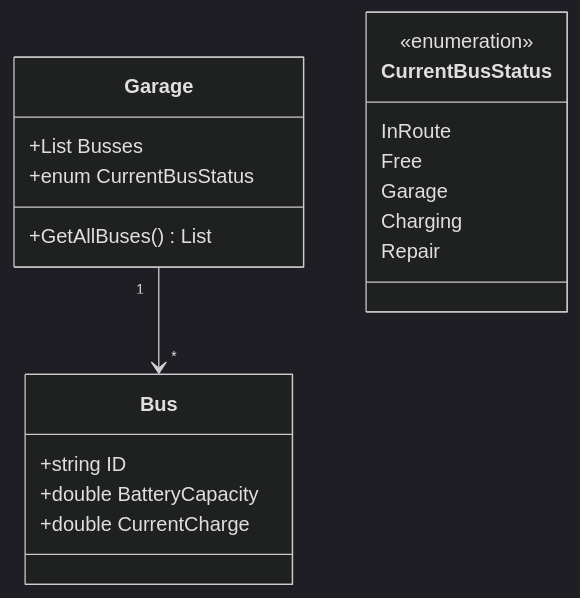
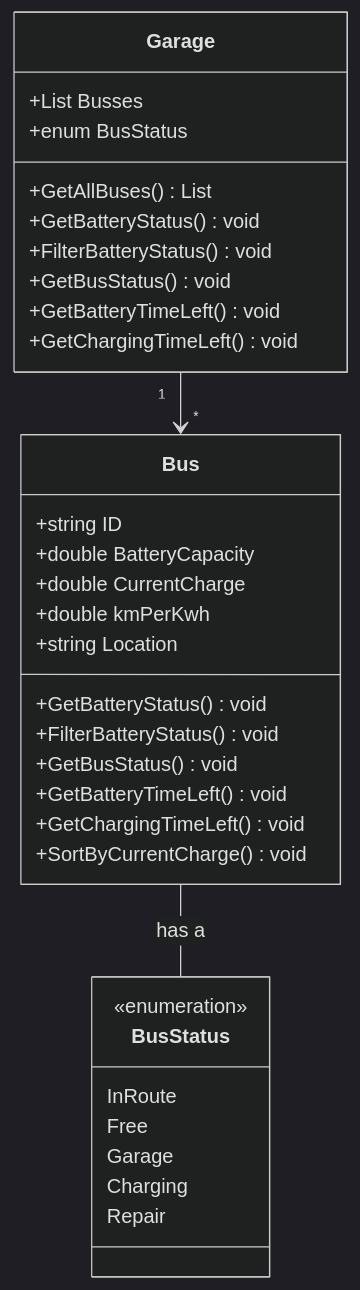
The diagram in Dokumentation/Iteration 1/Use Case 2/DCD.mmd (Team-14-pa-UCL/Getting-Real2), drawn with Mermaid (dark theme) before and after one commit.

Commit message:
added DCD

```diff
--- a/Dokumentation/Iteration 1/Use Case 2/DCD.mmd
+++ b/Dokumentation/Iteration 1/Use Case 2/DCD.mmd
@@ -1,25 +1,37 @@
 classDiagram
     class Bus {
         +string ID
         +double BatteryCapacity
         +double CurrentCharge
+        +double kmPerKwh
+        +string Location
+        +GetBatteryStatus() void
+        +FilterBatteryStatus() void
+        +GetBusStatus() void
+        +GetBatteryTimeLeft() void
+        +GetChargingTimeLeft() void
+        +SortByCurrentCharge() void
     }
 
     class Garage {
         +List<Bus> Busses
-        +enum CurrentBusStatus
-
+        +enum BusStatus
         +GetAllBuses() List<Bus>
+        +GetBatteryStatus() void
+        +FilterBatteryStatus() void
+        +GetBusStatus() void
+        +GetBatteryTimeLeft() void
+        +GetChargingTimeLeft() void
     }
 
-    class CurrentBusStatus{
+    class BusStatus{
         <<enumeration>>
         InRoute
         Free
         Garage
         Charging
         Repair
-
     }
     
     Garage "1" --> "*" Bus
+    Bus -- BusStatus : has a
```
